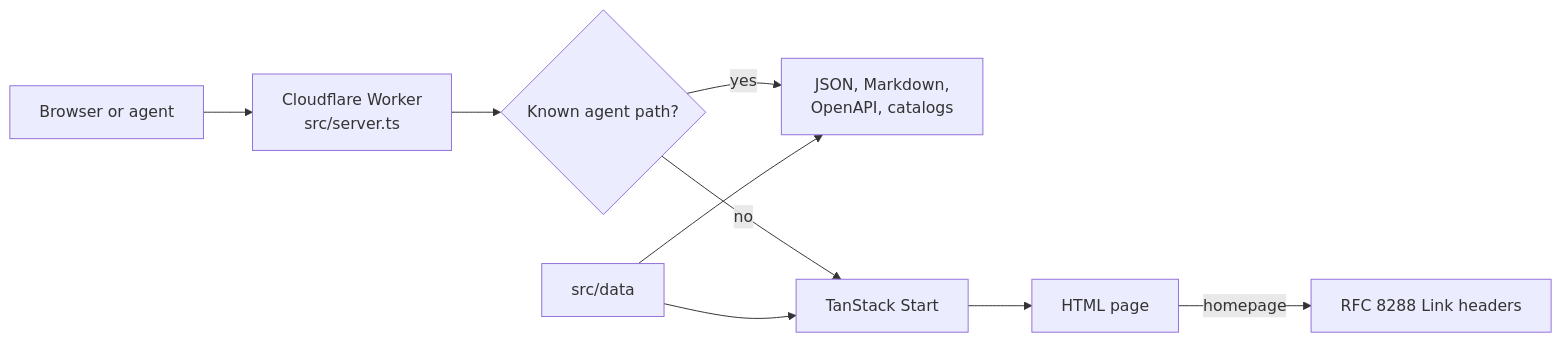
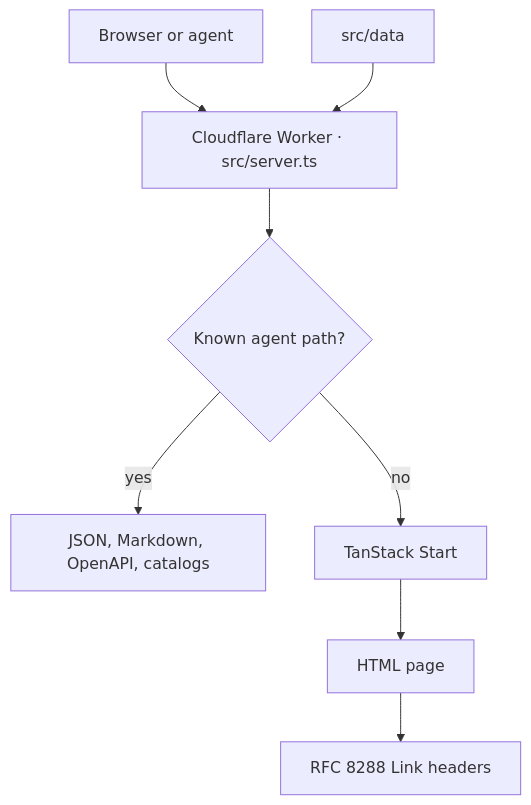
Before and after one commit to debeshghorui/portfolio: the diagram in README.md, drawn with Mermaid. The commit also changed other lines of this file, not shown here.

Commit message:
refactor: update README.md for clarity and improved flowchart representation
- Removed redundant header and tagline for a cleaner presentation.
- Revised flowchart structure to enhance readability and added data source connection.

````diff
--- a/README.md
+++ b/README.md
@@ -54,11 +51,10 @@
 ```mermaid
-flowchart LR
-  Client["Browser or agent"] --> Worker["Cloudflare Worker<br/>src/server.ts"]
-  Worker --> Agent{"Known agent path?"}
-  Agent -->|yes| Docs["JSON, Markdown,<br/>OpenAPI, catalogs"]
-  Agent -->|no| SSR["TanStack Start"]
+flowchart TB
+  Client["Browser or agent"] --> Worker["Cloudflare Worker · src/server.ts"]
+  Data["src/data"] --> Worker
+  Worker --> Decision{"Known agent path?"}
+  Decision -->|yes| Docs["JSON, Markdown, OpenAPI, catalogs"]
+  Decision -->|no| SSR["TanStack Start"]
   SSR --> Page["HTML page"]
-  Data["src/data"] --> SSR
-  Data --> Docs
-  Page -->|"homepage"| Headers["RFC 8288 Link headers"]
+  Page --> Headers["RFC 8288 Link headers"]
 ```
````
